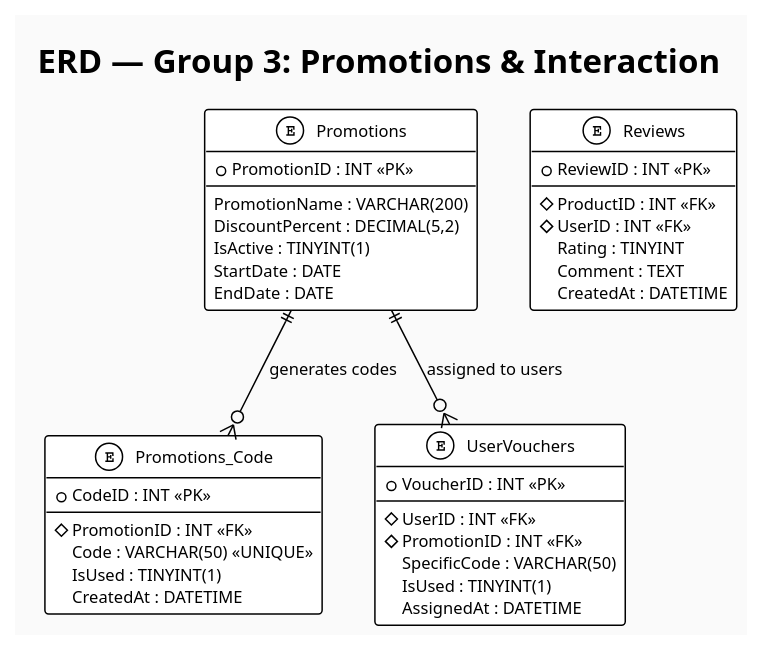
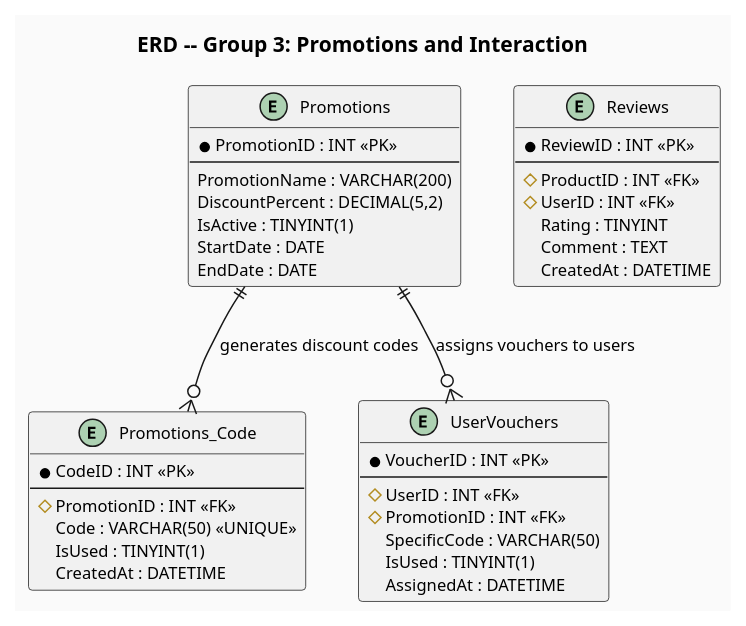
The eighth of 9 diagrams in PlantUML_Diagrams.md (TungVuk4/Final-Project), drawn with PlantUML before and after one commit. The commit also changed other lines of this file and 2 other files, not shown here.

````diff
--- a/PlantUML_Diagrams.md
+++ b/PlantUML_Diagrams.md
@@ -383,51 +386,51 @@
 ```plantuml
-@startuml FashionStyle_ERD_Group3_Promotions
-!theme plain
+@startuml
 skinparam backgroundColor #FAFAFA
 skinparam defaultFontSize 11
 
-title ERD — Group 3: Promotions & Interaction
+title ERD -- Group 3: Promotions and Interaction
 
 entity "Promotions" as PROMO {
   * PromotionID : INT <<PK>>
   --
   PromotionName : VARCHAR(200)
   DiscountPercent : DECIMAL(5,2)
   IsActive : TINYINT(1)
   StartDate : DATE
   EndDate : DATE
 }
 
 entity "Promotions_Code" as PCODE {
   * CodeID : INT <<PK>>
   --
   # PromotionID : INT <<FK>>
   Code : VARCHAR(50) <<UNIQUE>>
   IsUsed : TINYINT(1)
   CreatedAt : DATETIME
 }
 
 entity "UserVouchers" as UVOU {
   * VoucherID : INT <<PK>>
   --
   # UserID : INT <<FK>>
   # PromotionID : INT <<FK>>
   SpecificCode : VARCHAR(50)
   IsUsed : TINYINT(1)
   AssignedAt : DATETIME
 }
 
 entity "Reviews" as REV {
   * ReviewID : INT <<PK>>
   --
   # ProductID : INT <<FK>>
   # UserID : INT <<FK>>
   Rating : TINYINT
   Comment : TEXT
   CreatedAt : DATETIME
 }
 
-PROMO ||--o{ PCODE : "generates codes"
-PROMO ||--o{ UVOU : "assigned to users"
+PROMO ||--o{ PCODE : "generates discount codes"
+PROMO ||--o{ UVOU : "assigns vouchers to users"
+
 @enduml
 ```
````
